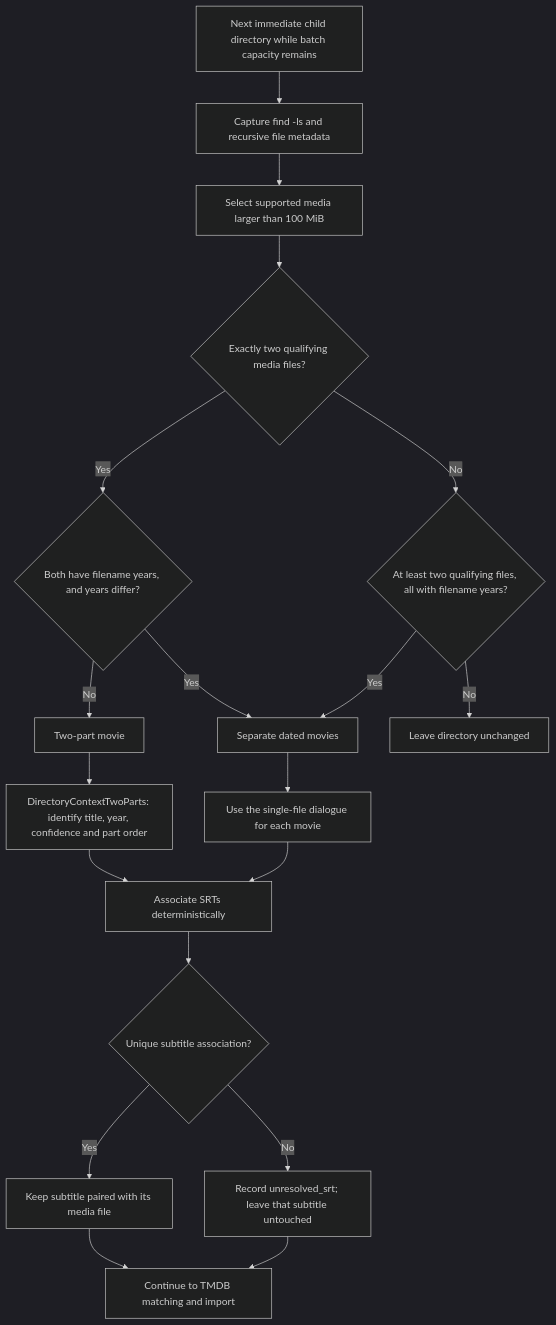
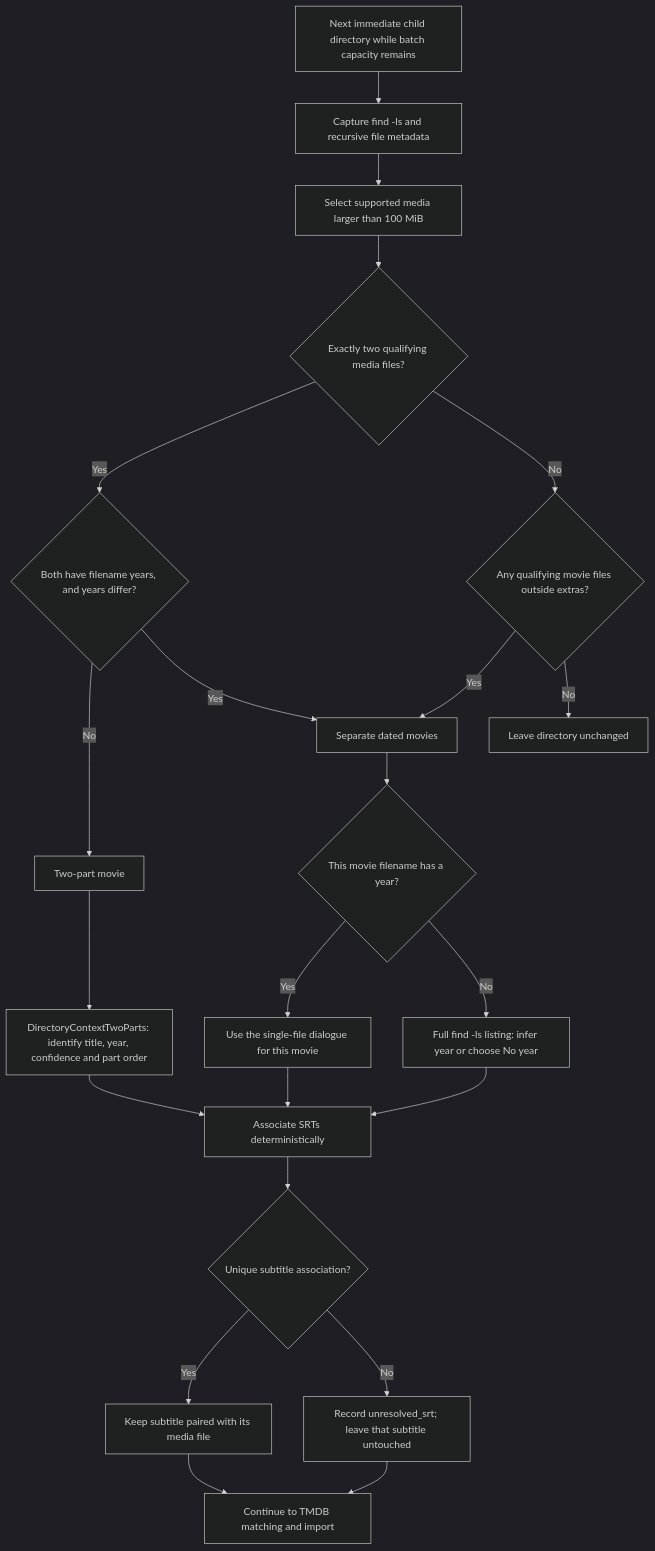
The diagram in pages/directory-patterns.md (NadimGhaznavi/r3el), drawn with Mermaid (dark theme) before and after one commit. The commit also changed other lines of this file and 24 other files, not shown here.

````diff
--- a/pages/directory-patterns.md
+++ b/pages/directory-patterns.md
@@ -16,21 +16,24 @@
 ```mermaid
 flowchart TD
     Start["Next immediate child directory while batch capacity remains"] --> Scan["Capture find -ls and recursive file metadata"]
     Scan --> Filter["Select supported media larger than 100 MiB"]
     Filter --> Two{"Exactly two qualifying media files?"}
     Two -->|Yes| Years{"Both have filename years, and years differ?"}
     Years -->|No| Parts["Two-part movie"]
     Years -->|Yes| Separate["Separate dated movies"]
-    Two -->|No| Many{"At least two qualifying files, all with filename years?"}
+    Two -->|No| Many{"Any qualifying movie files outside extras?"}
     Many -->|Yes| Separate
     Many -->|No| Leave["Leave directory unchanged"]
     Parts --> PartsLLM["DirectoryContextTwoParts: identify title, year, confidence and part order"]
-    Separate --> SingleLLM["Use the single-file dialogue for each movie"]
+    Separate --> HasYear{"This movie filename has a year?"}
+    HasYear -->|Yes| SingleLLM["Use the single-file dialogue for this movie"]
+    HasYear -->|No| YearLLM["Full find -ls listing: infer year or choose No year"]
     PartsLLM --> Subtitles["Associate SRTs deterministically"]
     SingleLLM --> Subtitles
+    YearLLM --> Subtitles
     Subtitles --> Unique{"Unique subtitle association?"}
     Unique -->|Yes| Keep["Keep subtitle paired with its media file"]
     Unique -->|No| Unresolved["Record unresolved_srt; leave that subtitle untouched"]
     Keep --> Matching["Continue to TMDB matching and import"]
     Unresolved --> Matching
 ```
````
